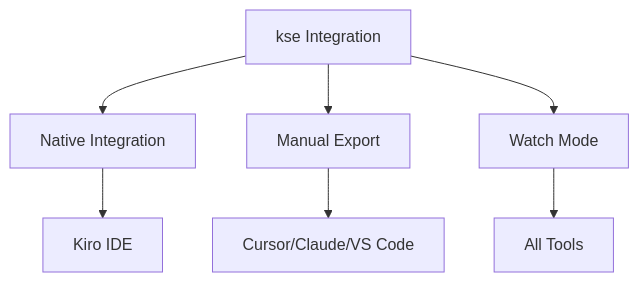
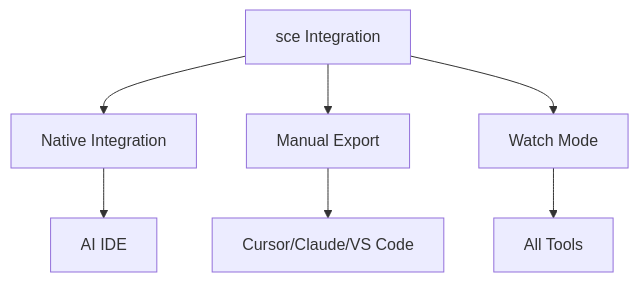
Before and after one commit to LuChangQiu/kiro-spec-engine: the first of 5 diagrams in docs/integration-modes.md, drawn with Mermaid. The commit also changed other lines of this file and 237 other files, not shown here.

````diff
--- a/docs/integration-modes.md
+++ b/docs/integration-modes.md
@@ -18,9 +18,9 @@
 ```mermaid
 graph TD
-    A[kse Integration] --> B[Native Integration]
+    A[sce Integration] --> B[Native Integration]
     A --> C[Manual Export]
     A --> D[Watch Mode]
-    B --> E[Kiro IDE]
+    B --> E[AI IDE]
     C --> F[Cursor/Claude/VS Code]
     D --> G[All Tools]
 ```
````
